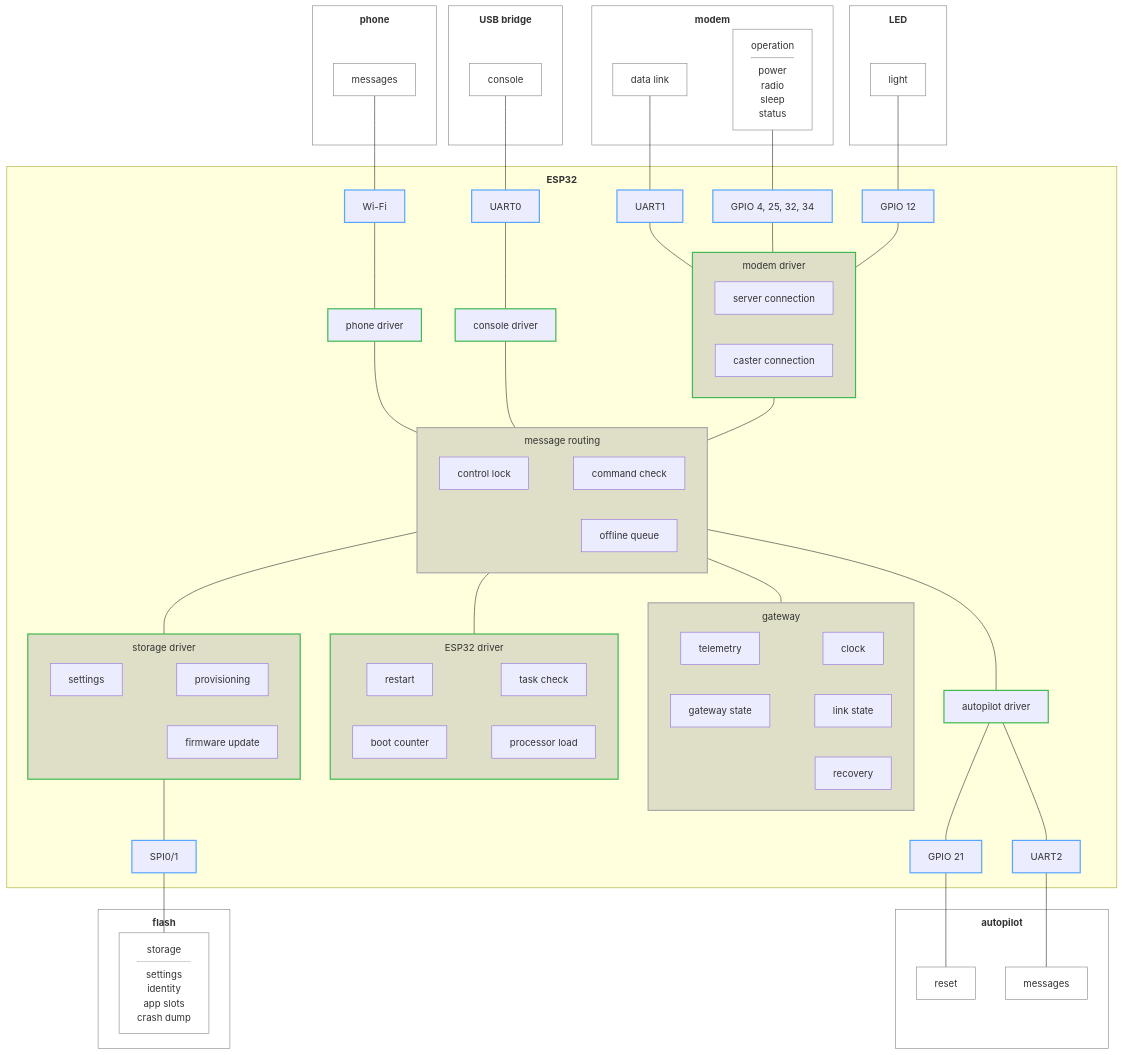
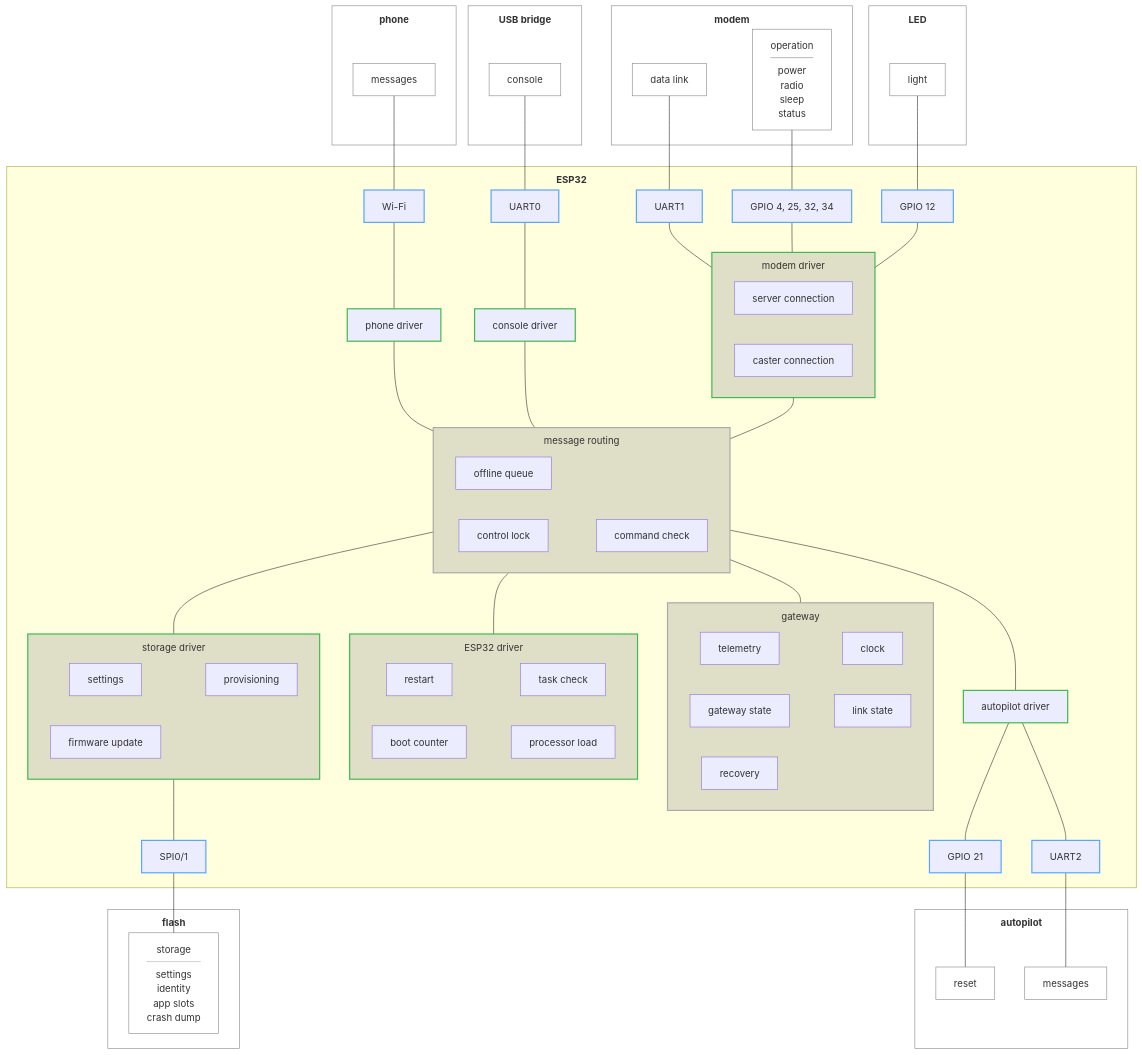
One commit to rmx-lt/rmx-mower-gateway changed the diagram in .esp-architecture/diagrams/block-draft.md. Above: the diagram before and after it, drawn with Mermaid.

Commit message:
Draft: full grids with empty cells

````diff
--- a/.esp-architecture/diagrams/block-draft.md
+++ b/.esp-architecture/diagrams/block-draft.md
@@ -41,6 +41,8 @@
       lock["control lock"]
       chk["command check"]
       q["offline queue"]
+      p1[" "]
+      q ~~~ p1
       lock ~~~ chk
     end
     subgraph gw["gateway"]
@@ -51,6 +53,8 @@
       rec["recovery"]
       tel ~~~ clk
       state ~~~ ls
+      p3[" "]
+      rec ~~~ p3
     end
     subgraph esp["ESP32 driver"]
       rst["restart"]
@@ -65,7 +69,9 @@
       set["settings"]
       prov["provisioning"]
       upd["firmware update"]
+      p2[" "]
       set ~~~ prov
+      upd ~~~ p2
     end
     u2["UART2"]
     sp["SPI0/1"]
@@ -100,6 +106,8 @@
   class msg,gw owner
   classDef ownerdriver fill:#8884,stroke:#3fb950,stroke-width:2px
   class conn,fs,esp ownerdriver
+  classDef pad fill:none,stroke:none
+  class p1,p2,p3 pad
   classDef device fill:none,stroke:#888
   class modem,mdata,mctl,led,lparts,ap,amsg,areset,ph,pparts,usb,uparts,fl,fparts device
 ```
````
